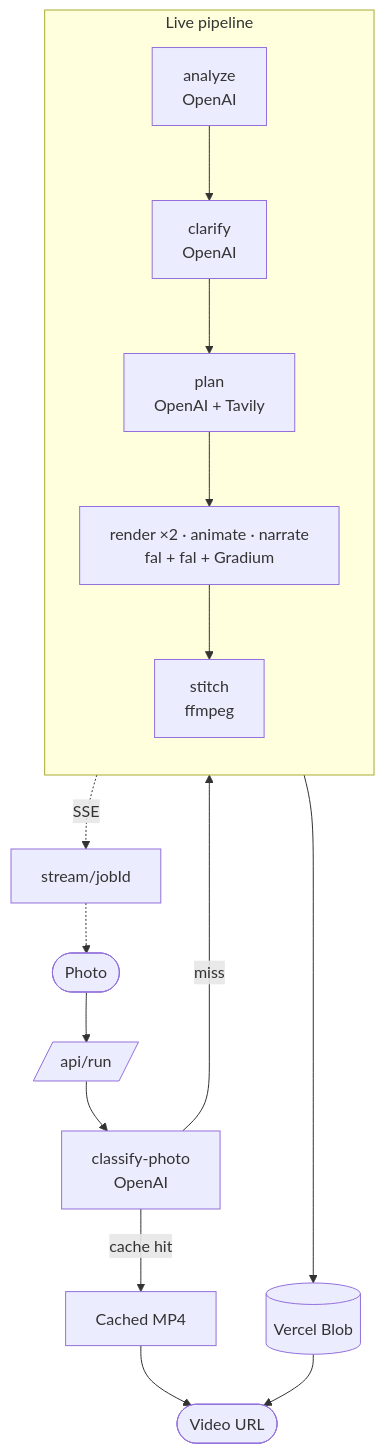
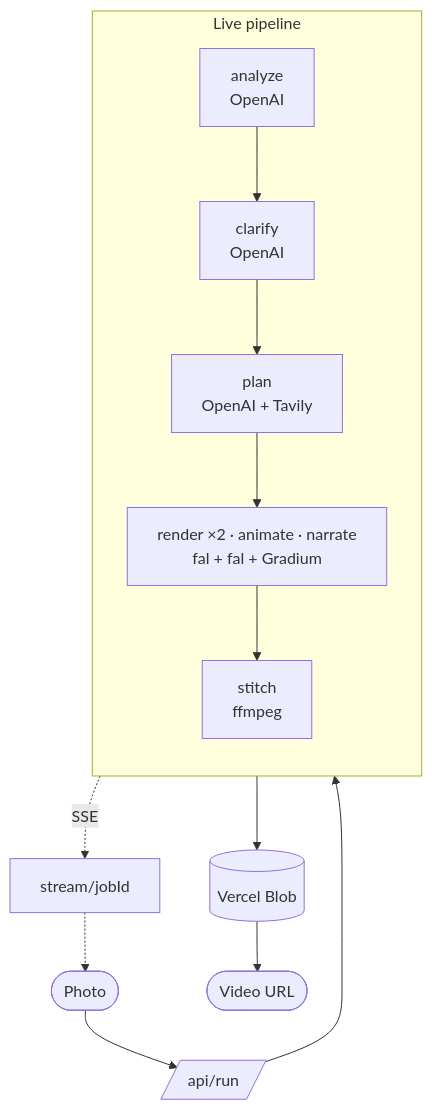
The diagram in README.md (jolehuit/fixit), drawn with Mermaid before and after one commit.

Commit message:
docs: drop cache branch from mermaid

````diff
--- a/README.md
+++ b/README.md
@@ -20,22 +20,19 @@
 ```mermaid
 flowchart TD
     User([Photo]) --> Run[/api/run/]
-    Run --> Classify[classify-photo<br/>OpenAI]
-    Classify -->|cache hit| Cached[Cached MP4]
-    Classify -->|miss| Analyze
 
     subgraph Live[Live pipeline]
         direction TB
         Analyze[analyze<br/>OpenAI] --> Clarify[clarify<br/>OpenAI]
         Clarify --> Plan[plan<br/>OpenAI + Tavily]
         Plan --> Step[render ×2 · animate · narrate<br/>fal + fal + Gradium]
         Step --> Stitch[stitch<br/>ffmpeg]
     end
 
+    Run --> Analyze
     Stitch --> Blob[(Vercel Blob)]
-    Cached --> Video([Video URL])
-    Blob --> Video
+    Blob --> Video([Video URL])
 
     Live -.->|SSE| Stream[stream/jobId]
     Stream -.-> User
 ```
````
